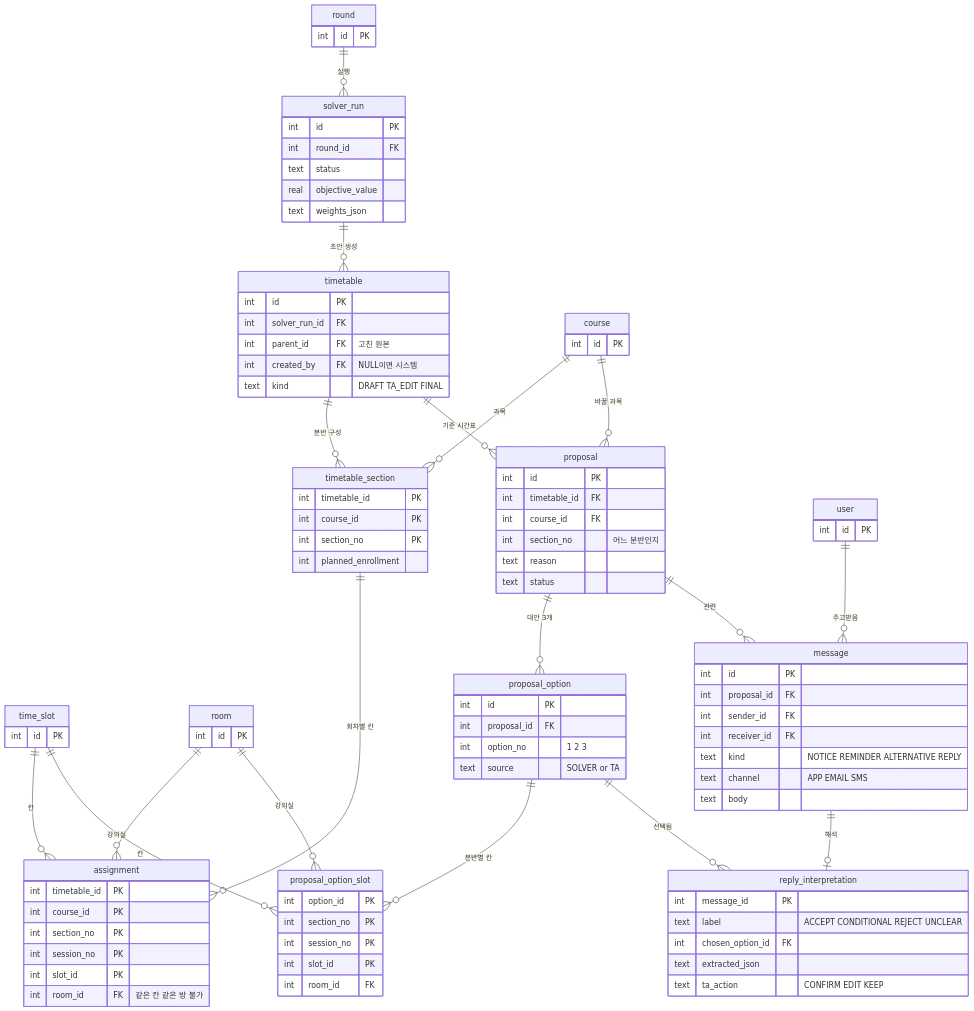
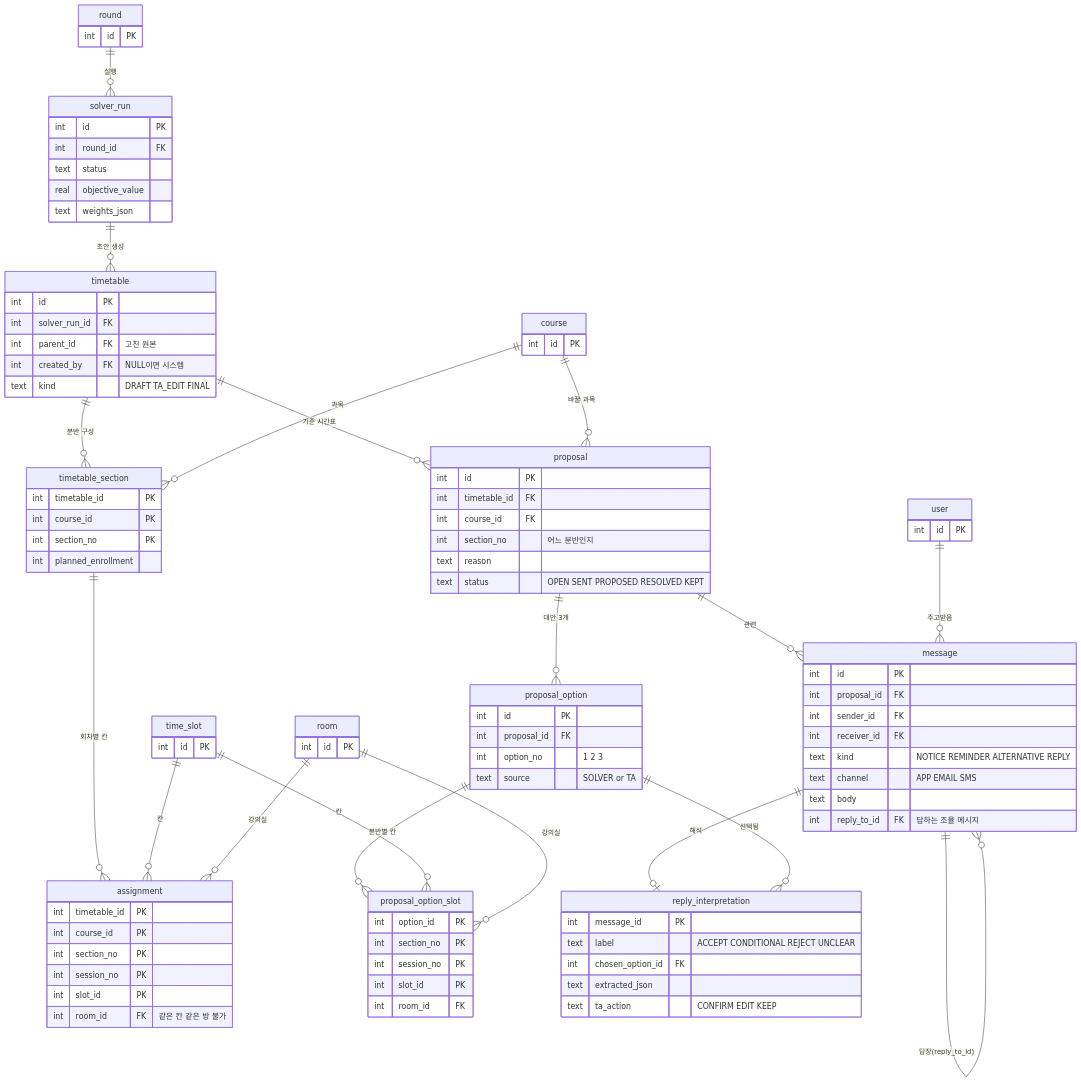
Before and after one commit to NLPproject-ssuTeam12/ssu-room: the diagram in db/docs/c3.mmd, drawn with Mermaid. The commit also changed 7 other files, not shown here.

```diff
--- a/db/docs/c3.mmd
+++ b/db/docs/c3.mmd
@@ -1,88 +1,90 @@
 erDiagram
     round ||--o{ solver_run : "실행"
     solver_run ||--o{ timetable : "초안 생성"
     timetable ||--o{ timetable_section : "분반 구성"
     course ||--o{ timetable_section : "과목"
     timetable_section ||--o{ assignment : "회차별 칸"
     time_slot ||--o{ assignment : "칸"
     room ||--o{ assignment : "강의실"
     timetable ||--o{ proposal : "기준 시간표"
     course ||--o{ proposal : "바꿀 과목"
     proposal ||--o{ proposal_option : "대안 3개"
     proposal_option ||--o{ proposal_option_slot : "분반별 칸"
     time_slot ||--o{ proposal_option_slot : "칸"
     room ||--o{ proposal_option_slot : "강의실"
     proposal ||--o{ message : "관련"
+    message ||--o{ message : "답장(reply_to_id)"
     user ||--o{ message : "주고받음"
     message ||--o| reply_interpretation : "해석"
     proposal_option ||--o{ reply_interpretation : "선택됨"
     round { int id PK }
     course { int id PK }
     room { int id PK }
     user { int id PK }
     time_slot { int id PK }
     solver_run {
         int id PK
         int round_id FK
         text status
         real objective_value
         text weights_json
     }
     timetable {
         int id PK
         int solver_run_id FK
         int parent_id FK "고친 원본"
         int created_by FK "NULL이면 시스템"
         text kind "DRAFT TA_EDIT FINAL"
     }
     timetable_section {
         int timetable_id PK
         int course_id PK
         int section_no PK
         int planned_enrollment
     }
     assignment {
         int timetable_id PK
         int course_id PK
         int section_no PK
         int session_no PK
         int slot_id PK
         int room_id FK "같은 칸 같은 방 불가"
     }
     proposal {
         int id PK
         int timetable_id FK
         int course_id FK
         int section_no "어느 분반인지"
         text reason
-        text status
+        text status "OPEN SENT PROPOSED RESOLVED KEPT"
     }
     proposal_option {
         int id PK
         int proposal_id FK
         int option_no "1 2 3"
         text source "SOLVER or TA"
     }
     proposal_option_slot {
         int option_id PK
         int section_no PK
         int session_no PK
         int slot_id PK
         int room_id FK
     }
     message {
         int id PK
         int proposal_id FK
         int sender_id FK
         int receiver_id FK
         text kind "NOTICE REMINDER ALTERNATIVE REPLY"
         text channel "APP EMAIL SMS"
         text body
+        int reply_to_id FK "답하는 조율 메시지"
     }
     reply_interpretation {
         int message_id PK
         text label "ACCEPT CONDITIONAL REJECT UNCLEAR"
         int chosen_option_id FK
         text extracted_json
         text ta_action "CONFIRM EDIT KEEP"
     }
```
